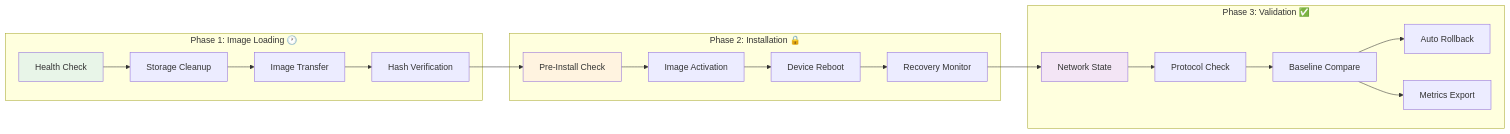
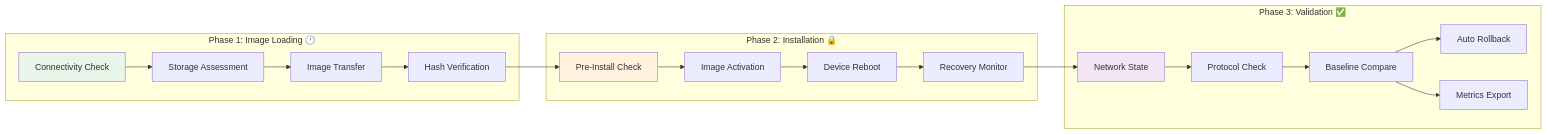
One commit to garryshtern/network-device-upgrade-system changed the first of 8 diagrams in docs/upgrade-workflow-guide.md. Above: the diagram before and after it, drawn with Mermaid. The commit also changed 89 other files, not shown here.

````diff
--- a/docs/upgrade-workflow-guide.md
+++ b/docs/upgrade-workflow-guide.md
@@ -9,35 +9,35 @@
 ```mermaid
 graph LR
     subgraph "Phase 1: Image Loading 🕐"
-        A1[Health Check]
-        A2[Storage Cleanup]
+        A1[Connectivity Check]
+        A2[Storage Assessment]
         A3[Image Transfer]
         A4[Hash Verification]
         A1 --> A2 --> A3 --> A4
     end
     
     subgraph "Phase 2: Installation 🔒"
         B1[Pre-Install Check]
         B2[Image Activation]
         B3[Device Reboot]
         B4[Recovery Monitor]
         B1 --> B2 --> B3 --> B4
     end
     
     subgraph "Phase 3: Validation ✅"
         C1[Network State]
         C2[Protocol Check]
         C3[Baseline Compare]
         C4[Auto Rollback]
         C5[Metrics Export]
         C1 --> C2 --> C3 --> C4
         C3 --> C5
     end
     
     A4 --> B1
     B4 --> C1
     
     style A1 fill:#e8f5e8
     style B1 fill:#fff3e0
     style C1 fill:#f3e5f5
 ```
````
